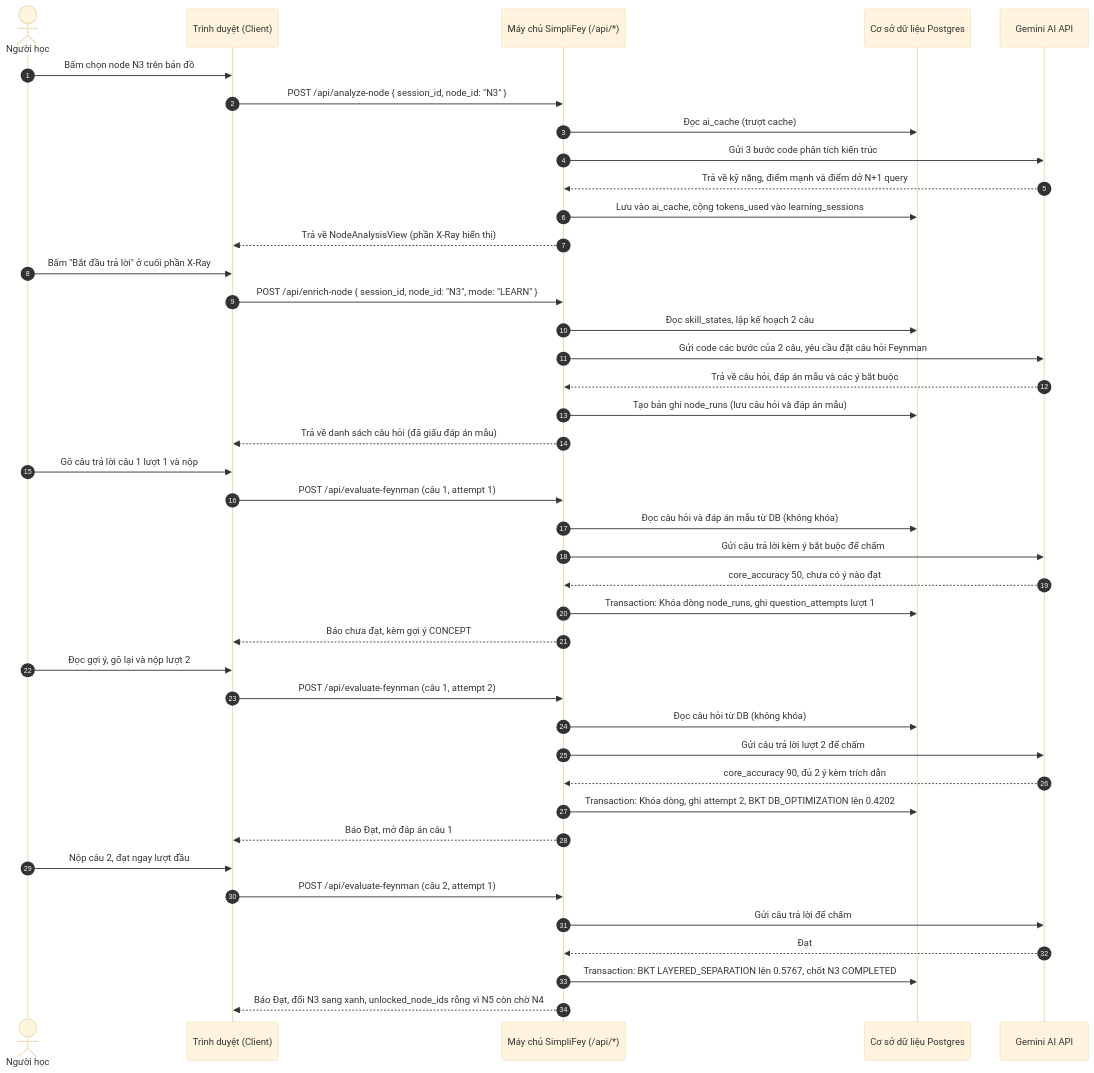
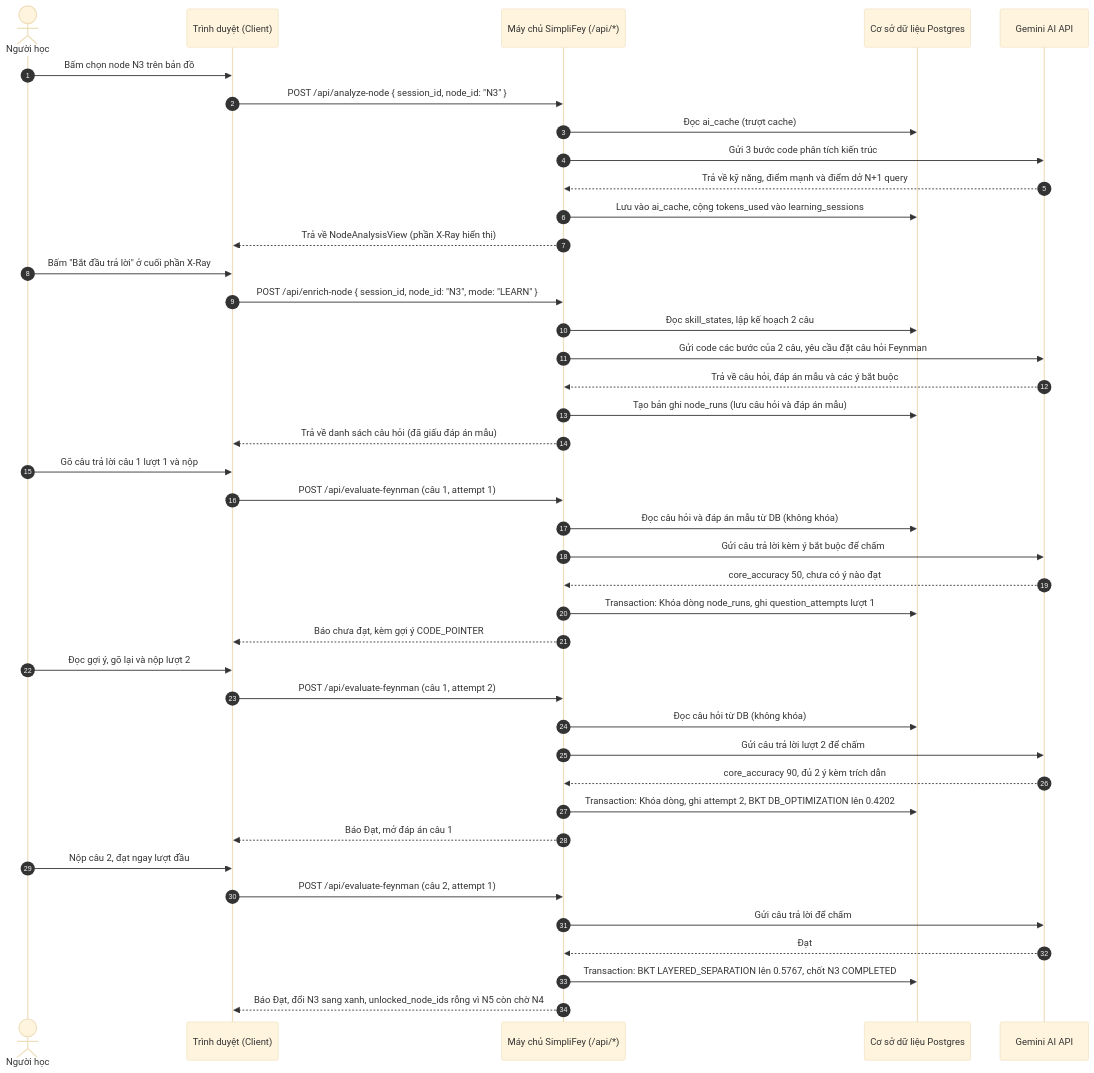
The fifth of 5 diagrams in doc-de-hieu/05_du_lieu_va_api.md (huynhthanhnhannnh-pixel/Hackathon_SGU), drawn with Mermaid (base theme) before and after one commit. The commit also changed other lines of this file and 23 other files, not shown here.

````diff
--- a/doc-de-hieu/05_du_lieu_va_api.md
+++ b/doc-de-hieu/05_du_lieu_va_api.md
@@ -530,48 +530,48 @@
 ```mermaid
 sequenceDiagram
   autonumber
   actor Student as Người học
   participant FE as Trình duyệt (Client)
   participant API as Máy chủ SimpliFey (/api/*)
   participant DB as Cơ sở dữ liệu Postgres
   participant AI as Gemini AI API
 
   Student->>FE: Bấm chọn node N3 trên bản đồ
   FE->>API: POST /api/analyze-node { session_id, node_id: "N3" }
   API->>DB: Đọc ai_cache (trượt cache)
   API->>AI: Gửi 3 bước code phân tích kiến trúc
   AI-->>API: Trả về kỹ năng, điểm mạnh và điểm dở N+1 query
   API->>DB: Lưu vào ai_cache, cộng tokens_used vào learning_sessions
   API-->>FE: Trả về NodeAnalysisView (phần X-Ray hiển thị)
 
   Student->>FE: Bấm "Bắt đầu trả lời" ở cuối phần X-Ray
   FE->>API: POST /api/enrich-node { session_id, node_id: "N3", mode: "LEARN" }
   API->>DB: Đọc skill_states, lập kế hoạch 2 câu
   API->>AI: Gửi code các bước của 2 câu, yêu cầu đặt câu hỏi Feynman
   AI-->>API: Trả về câu hỏi, đáp án mẫu và các ý bắt buộc
   API->>DB: Tạo bản ghi node_runs (lưu câu hỏi và đáp án mẫu)
   API-->>FE: Trả về danh sách câu hỏi (đã giấu đáp án mẫu)
 
   Student->>FE: Gõ câu trả lời câu 1 lượt 1 và nộp
   FE->>API: POST /api/evaluate-feynman (câu 1, attempt 1)
   API->>DB: Đọc câu hỏi và đáp án mẫu từ DB (không khóa)
   API->>AI: Gửi câu trả lời kèm ý bắt buộc để chấm
   AI-->>API: core_accuracy 50, chưa có ý nào đạt
   API->>DB: Transaction: Khóa dòng node_runs, ghi question_attempts lượt 1
-  API-->>FE: Báo chưa đạt, kèm gợi ý CONCEPT
+  API-->>FE: Báo chưa đạt, kèm gợi ý CODE_POINTER
 
   Student->>FE: Đọc gợi ý, gõ lại và nộp lượt 2
   FE->>API: POST /api/evaluate-feynman (câu 1, attempt 2)
   API->>DB: Đọc câu hỏi từ DB (không khóa)
   API->>AI: Gửi câu trả lời lượt 2 để chấm
   AI-->>API: core_accuracy 90, đủ 2 ý kèm trích dẫn
   API->>DB: Transaction: Khóa dòng, ghi attempt 2, BKT DB_OPTIMIZATION lên 0.4202
   API-->>FE: Báo Đạt, mở đáp án câu 1
 
   Student->>FE: Nộp câu 2, đạt ngay lượt đầu
   FE->>API: POST /api/evaluate-feynman (câu 2, attempt 1)
   API->>AI: Gửi câu trả lời để chấm
   AI-->>API: Đạt
   API->>DB: Transaction: BKT LAYERED_SEPARATION lên 0.5767, chốt N3 COMPLETED
   API-->>FE: Báo Đạt, đổi N3 sang xanh, unlocked_node_ids rỗng vì N5 còn chờ N4
 ```
````
